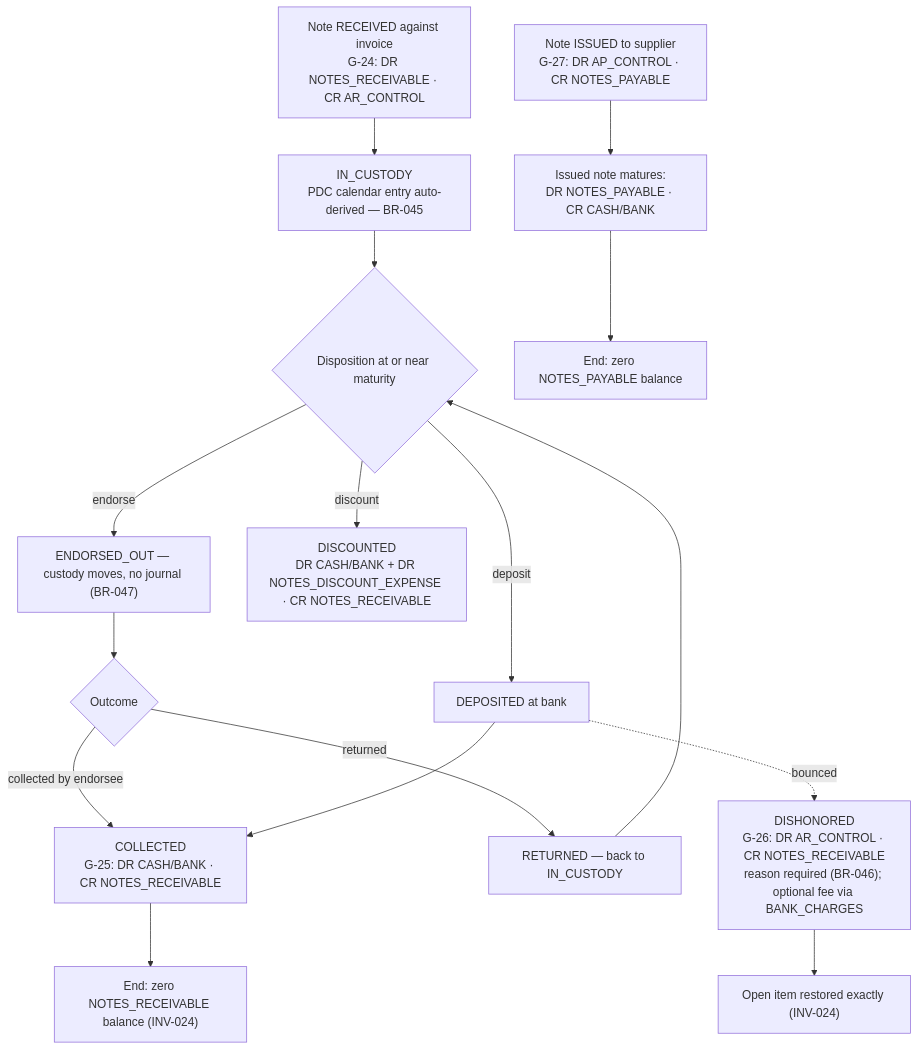
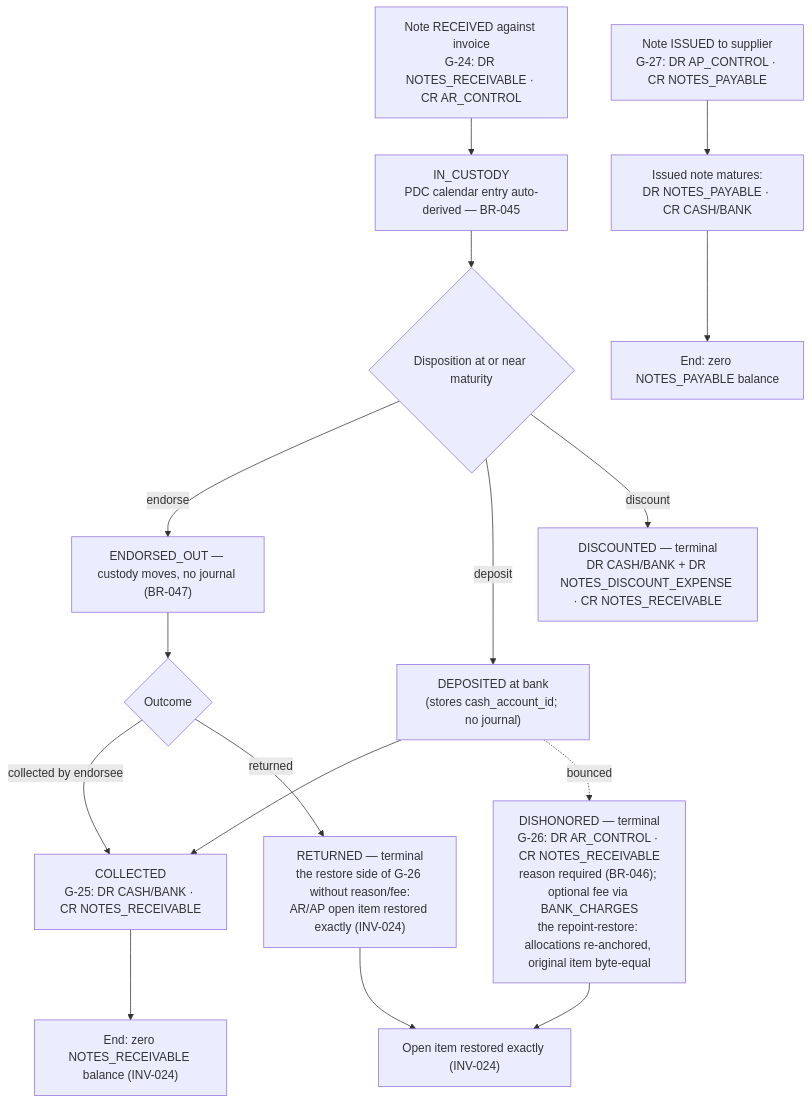
One commit to kasem520000/ERP_2 changed the tenth of 15 diagrams in docs/product/BUSINESS_WORKFLOWS.md. Above: the diagram before and after it, drawn with Mermaid. The commit also changed other lines of this file and 143 other files, not shown here.

````diff
--- a/docs/product/BUSINESS_WORKFLOWS.md
+++ b/docs/product/BUSINESS_WORKFLOWS.md
@@ -310,18 +310,18 @@
 ```mermaid
 flowchart TD
   RC["Note RECEIVED against invoice<br/>G-24: DR NOTES_RECEIVABLE · CR AR_CONTROL"] --> CUST["IN_CUSTODY<br/>PDC calendar entry auto-derived — BR-045"]
   ISS["Note ISSUED to supplier<br/>G-27: DR AP_CONTROL · CR NOTES_PAYABLE"] --> ISSM["Issued note matures:<br/>DR NOTES_PAYABLE · CR CASH/BANK"]
   CUST --> DISP{"Disposition at or near maturity"}
   DISP -- "endorse" --> ENDOR["ENDORSED_OUT — custody moves, no journal (BR-047)"]
   ENDOR --> OUT{"Outcome"}
   OUT -- "collected by endorsee" --> COLL["COLLECTED<br/>G-25: DR CASH/BANK · CR NOTES_RECEIVABLE"]
-  OUT -- "returned" --> RT["RETURNED — back to IN_CUSTODY"]
-  RT --> DISP
-  DISP -- "deposit" --> DEP["DEPOSITED at bank"]
+  OUT -- "returned" --> RT["RETURNED — terminal<br/>the restore side of G-26 without reason/fee:<br/>AR/AP open item restored exactly (INV-024)"]
+  DISP -- "deposit" --> DEP["DEPOSITED at bank<br/>(stores cash_account_id; no journal)"]
   DEP --> COLL
-  DEP -. "bounced" .-> DH["DISHONORED<br/>G-26: DR AR_CONTROL · CR NOTES_RECEIVABLE<br/>reason required (BR-046); optional fee via BANK_CHARGES"]
-  DISP -- "discount" --> DC["DISCOUNTED<br/>DR CASH/BANK + DR NOTES_DISCOUNT_EXPENSE · CR NOTES_RECEIVABLE"]
+  DEP -. "bounced" .-> DH["DISHONORED — terminal<br/>G-26: DR AR_CONTROL · CR NOTES_RECEIVABLE<br/>reason required (BR-046); optional fee via BANK_CHARGES<br/>the repoint-restore: allocations re-anchored, original item byte-equal"]
+  DISP -- "discount" --> DC["DISCOUNTED — terminal<br/>DR CASH/BANK + DR NOTES_DISCOUNT_EXPENSE · CR NOTES_RECEIVABLE"]
   COLL --> Z["End: zero NOTES_RECEIVABLE balance (INV-024)"]
   DH --> RST["Open item restored exactly (INV-024)"]
+  RT --> RST
   ISSM --> Z2["End: zero NOTES_PAYABLE balance"]
 ```
````
